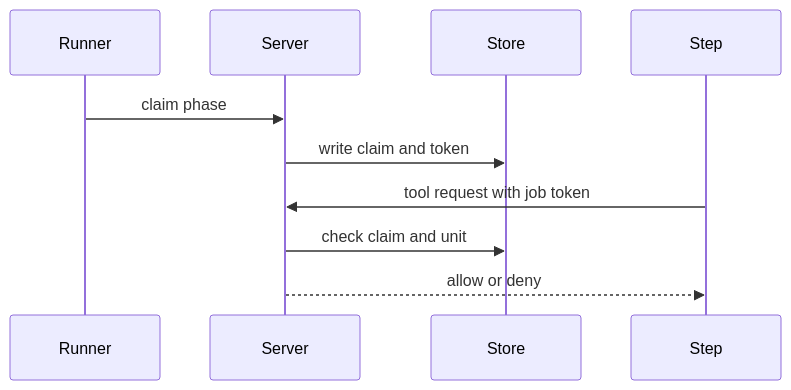
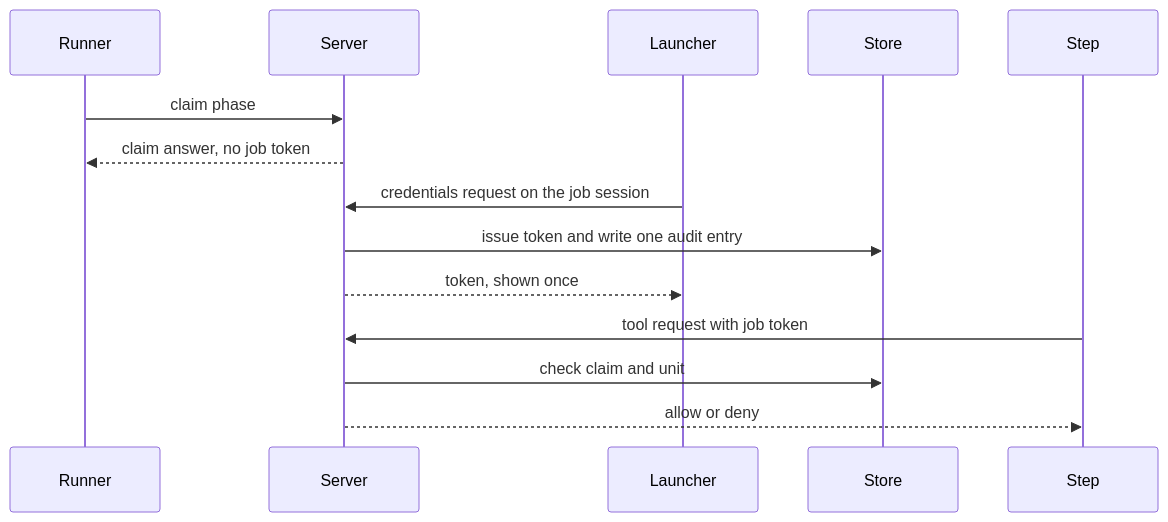
One commit to OpenDustpan/OpenDustpan changed the first of 3 diagrams in openspec/changes/add-job-session-paths-runner-token-issuer/design.md. Above: the diagram before and after it, drawn with Mermaid. The commit also changed other lines of this file and 7 other files, not shown here.

First line of the commit message:
Rewrite the job token issuer change: the credentials path makes the token

````diff
--- a/openspec/changes/add-job-session-paths-runner-token-issuer/design.md
+++ b/openspec/changes/add-job-session-paths-runner-token-issuer/design.md
@@ -33,8 +34,11 @@
 ```mermaid
 sequenceDiagram
   Runner->>Server: claim phase
-  Server->>Store: write claim and token
+  Server-->>Runner: claim answer, no job token
+  Launcher->>Server: credentials request on the job session
+  Server->>Store: issue token and write one audit entry
+  Server-->>Launcher: token, shown once
   Step->>Server: tool request with job token
   Server->>Store: check claim and unit
   Server-->>Step: allow or deny
 ```
````
